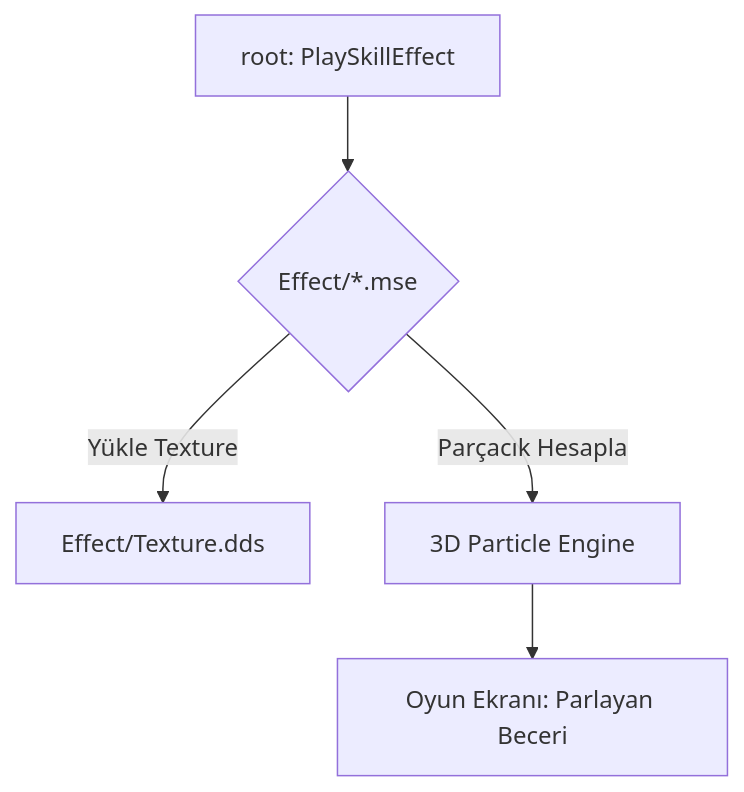
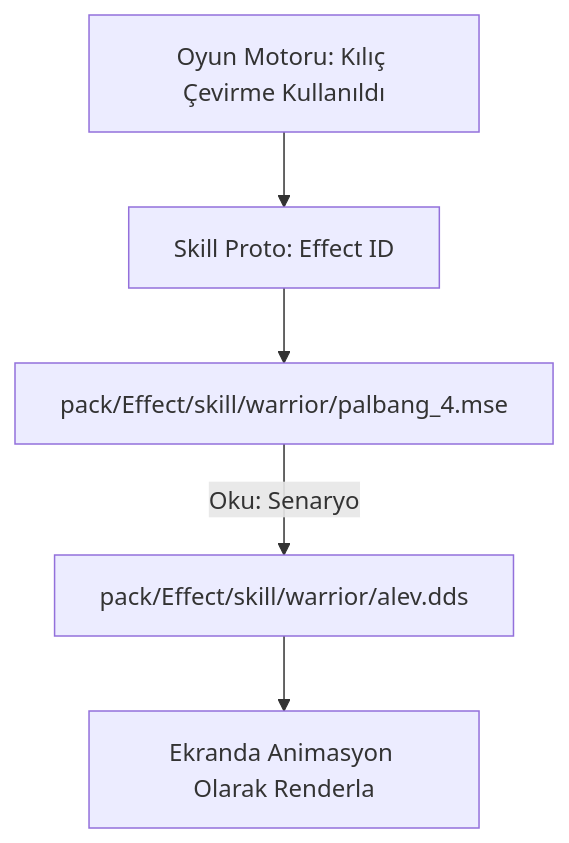
One commit to Engin622/Metin2-Pack-Agent-Skills changed the diagram in assets/Effect/skills.md. Above: the diagram before and after it, drawn with Mermaid. The commit also changed other lines of this file and 6 other files, not shown here.

Commit message:
Documentation update: Pack Asset folders (Effect, ETC, Map_Environment, NPC_and_Monster, PC_and_PC2, Sound_and_BGM, Locale)

````diff
--- a/assets/Effect/skills.md
+++ b/assets/Effect/skills.md
@@ -36,7 +33,7 @@
 ```mermaid
 graph TD
-    A[root: PlaySkillEffect] --> B{Effect/*.mse}
-    B -- Yükle Texture --> C[Effect/Texture.dds]
-    B -- Parçacık Hesapla --> D[3D Particle Engine]
-    D --> E[Oyun Ekranı: Parlayan Beceri]
+    A[Oyun Motoru: Kılıç Çevirme Kullanıldı] --> B[Skill Proto: Effect ID]
+    B --> C[pack/Effect/skill/warrior/palbang_4.mse]
+    C -- Oku: Senaryo --> D[pack/Effect/skill/warrior/alev.dds]
+    D --> E[Ekranda Animasyon Olarak Renderla]
 ```
````
